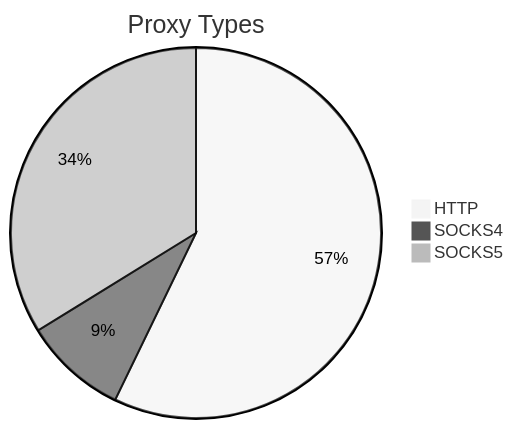
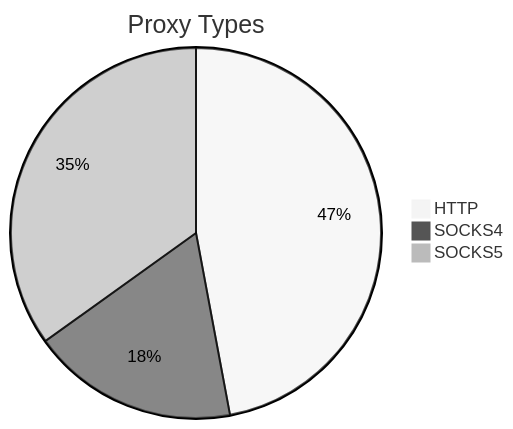
The first of 2 diagrams in README.md (stormsia/proxy-list), drawn with Mermaid (neutral theme) before and after one commit. The commit also changed other lines of this file, not shown here.

````diff
--- a/README.md
+++ b/README.md
@@ -21,6 +21,6 @@
 ```mermaid
 pie title Proxy Types
-    "HTTP" : 203
-    "SOCKS4" : 32
-    "SOCKS5" : 120
+    "HTTP" : 240
+    "SOCKS4" : 92
+    "SOCKS5" : 178
 ```
````
